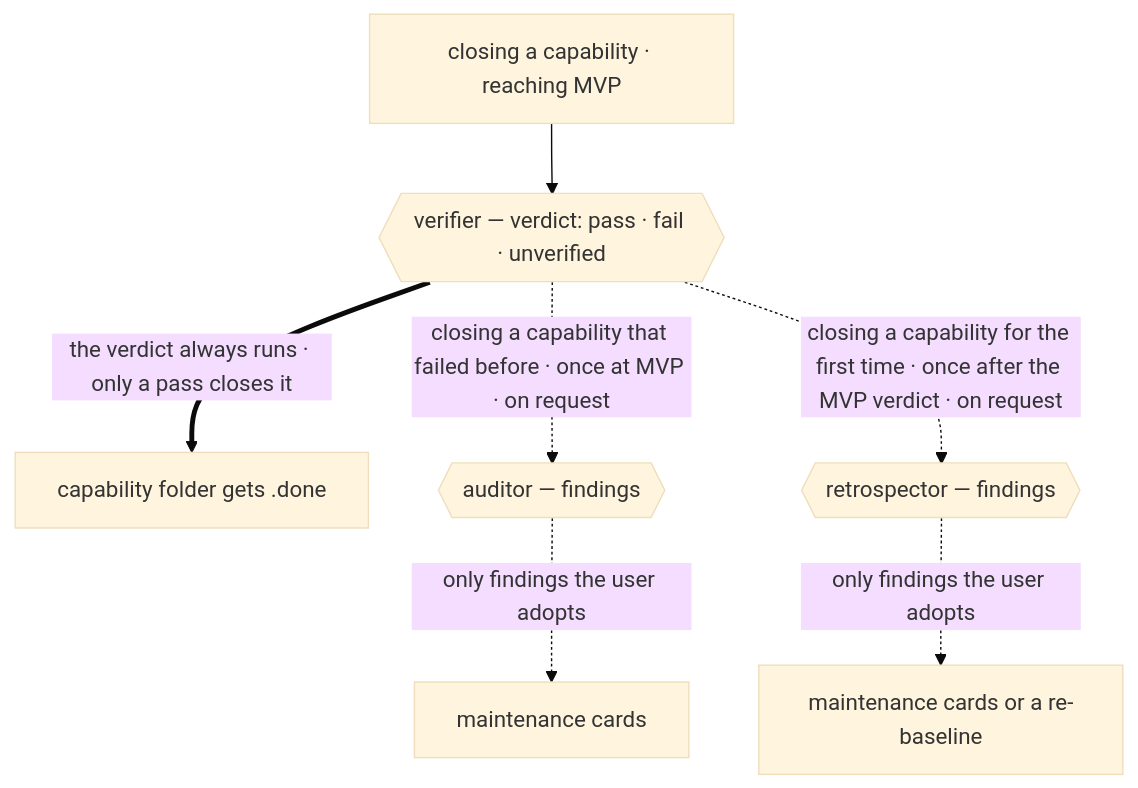
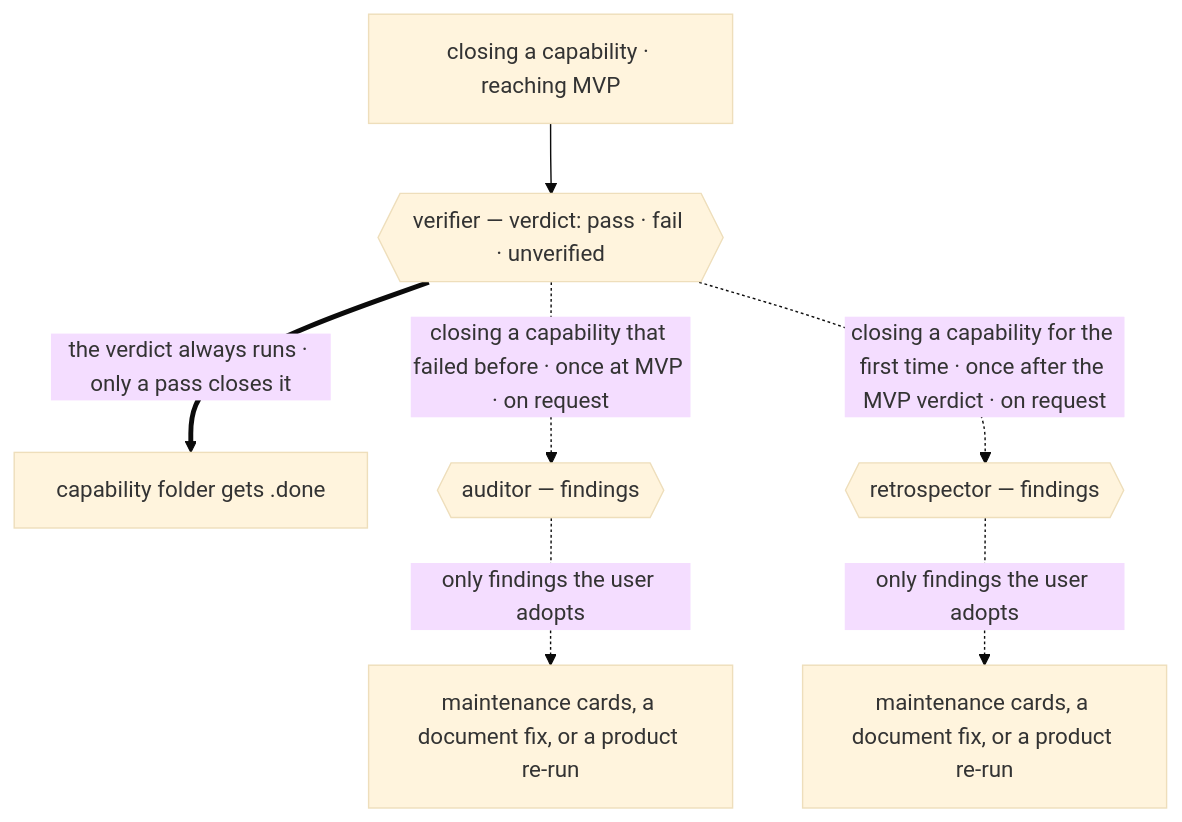
One commit to nanomia-ai/devflow changed the fourth of 5 diagrams in README.md. Above: the diagram before and after it, drawn with Mermaid (base theme). The commit also changed other lines of this file and 12 other files, not shown here.

````diff
--- a/README.md
+++ b/README.md
@@ -264,9 +310,9 @@
 ```mermaid
 flowchart TB
     CL["closing a capability · reaching MVP"] --> VF{{"verifier — verdict: pass · fail · unverified"}}
     VF ==>|"the verdict always runs · only a pass closes it"| DN["capability folder gets .done"]
     VF -.->|"closing a capability that failed before · once at MVP · on request"| AU{{"auditor — findings"}}
     VF -.->|"closing a capability for the first time · once after the MVP verdict · on request"| RT{{"retrospector — findings"}}
-    AU -.->|"only findings the user adopts"| MC["maintenance cards"]
-    RT -.->|"only findings the user adopts"| RB["maintenance cards or a re-baseline"]
+    AU -.->|"only findings the user adopts"| MC["maintenance cards, a document fix, or a product re-run"]
+    RT -.->|"only findings the user adopts"| RB["maintenance cards, a document fix, or a product re-run"]
 ```
````
